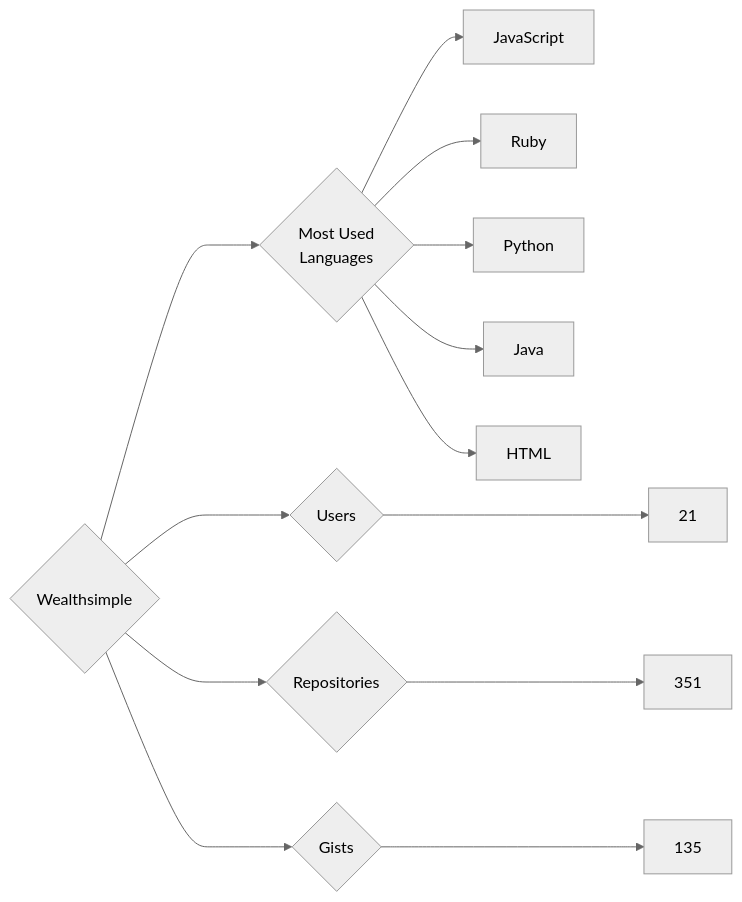
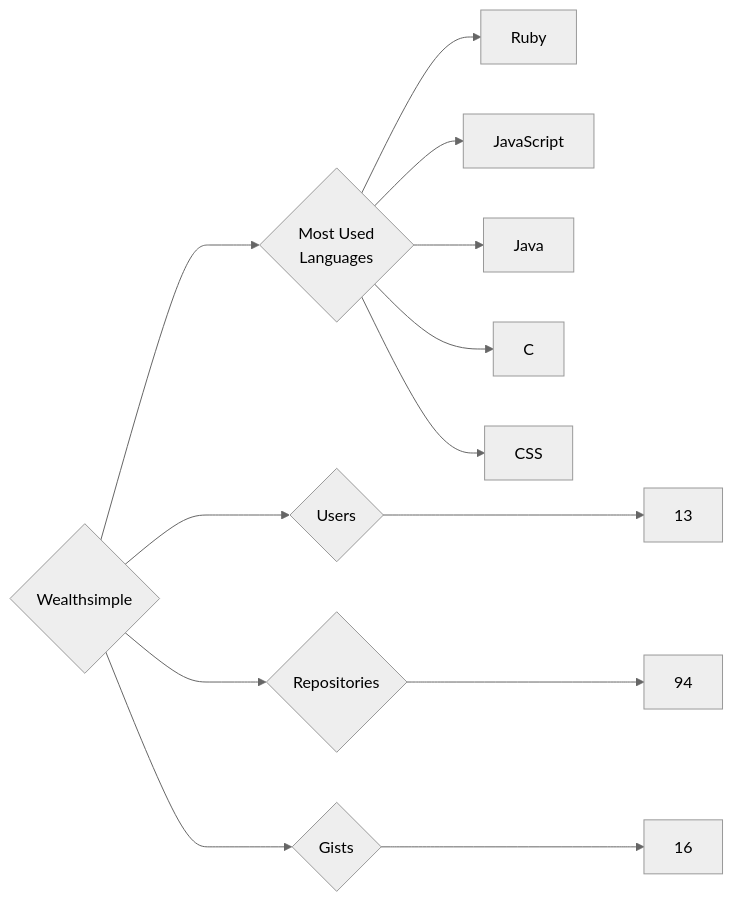
The diagram in targets/Wealthsimple/README.md (trickest/insiders), drawn with Mermaid (neutral theme) before and after one commit. The commit also changed 695 other files, not shown here.

````diff
--- a/targets/Wealthsimple/README.md
+++ b/targets/Wealthsimple/README.md
@@ -3,13 +3,13 @@
 ```mermaid
 graph LR
 COMPANY_NAME{Wealthsimple}
-COMPANY_NAME ---> U{Users} ---> UN[21]
-COMPANY_NAME ---> R{Repositories} ---> RN[351]
-COMPANY_NAME ---> G{Gists} ---> GN[135]
+COMPANY_NAME ---> U{Users} ---> UN[13]
+COMPANY_NAME ---> R{Repositories} ---> RN[94]
+COMPANY_NAME ---> G{Gists} ---> GN[16]
 COMPANY_NAME ---> ML{Most Used<br>Languages}
+ML --> Ruby[Ruby]
 ML --> JavaScript[JavaScript]
-ML --> Ruby[Ruby]
-ML --> Python[Python]
 ML --> Java[Java]
-ML --> HTML[HTML]
+ML --> C[C]
+ML --> CSS[CSS]
 ```
````
